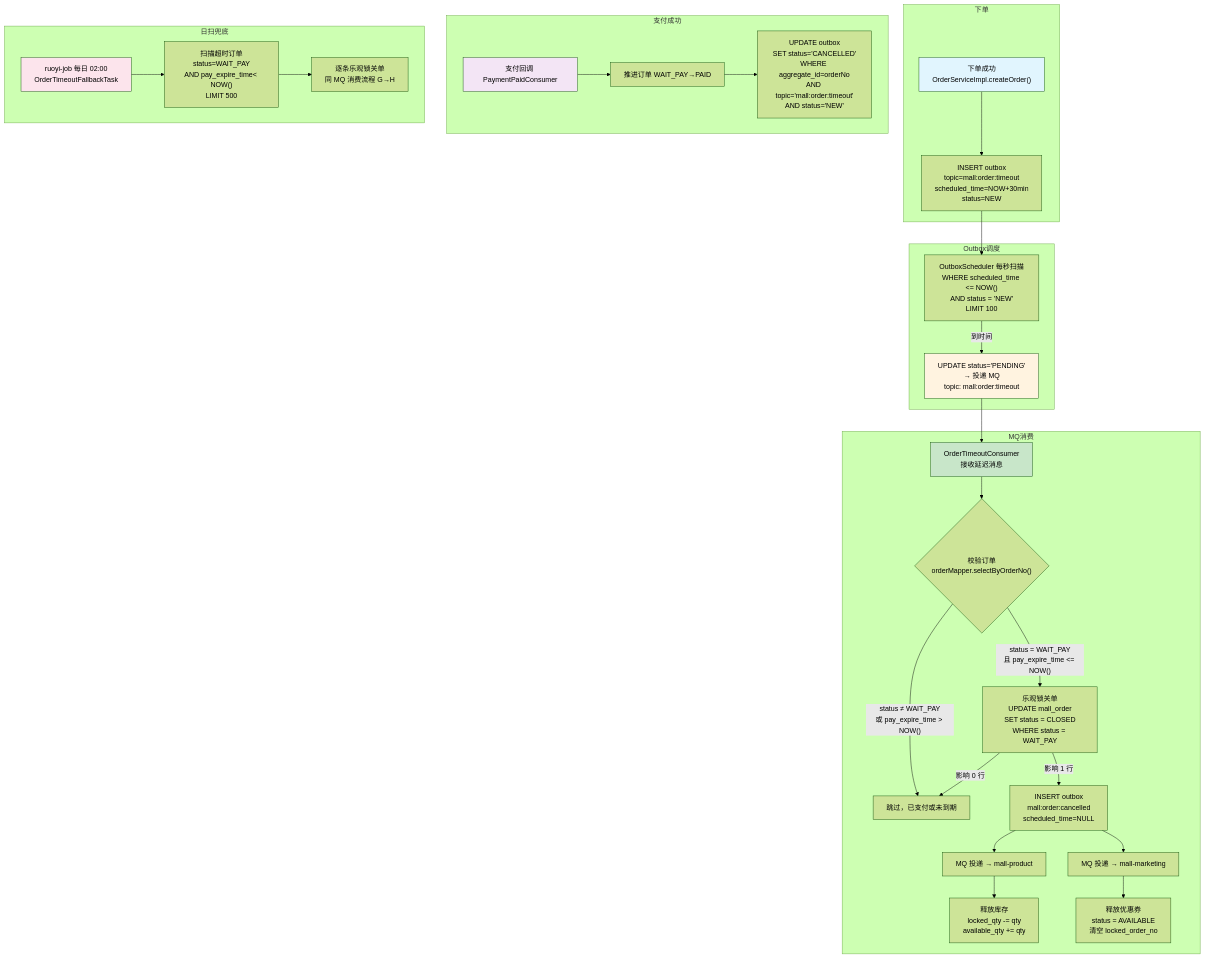
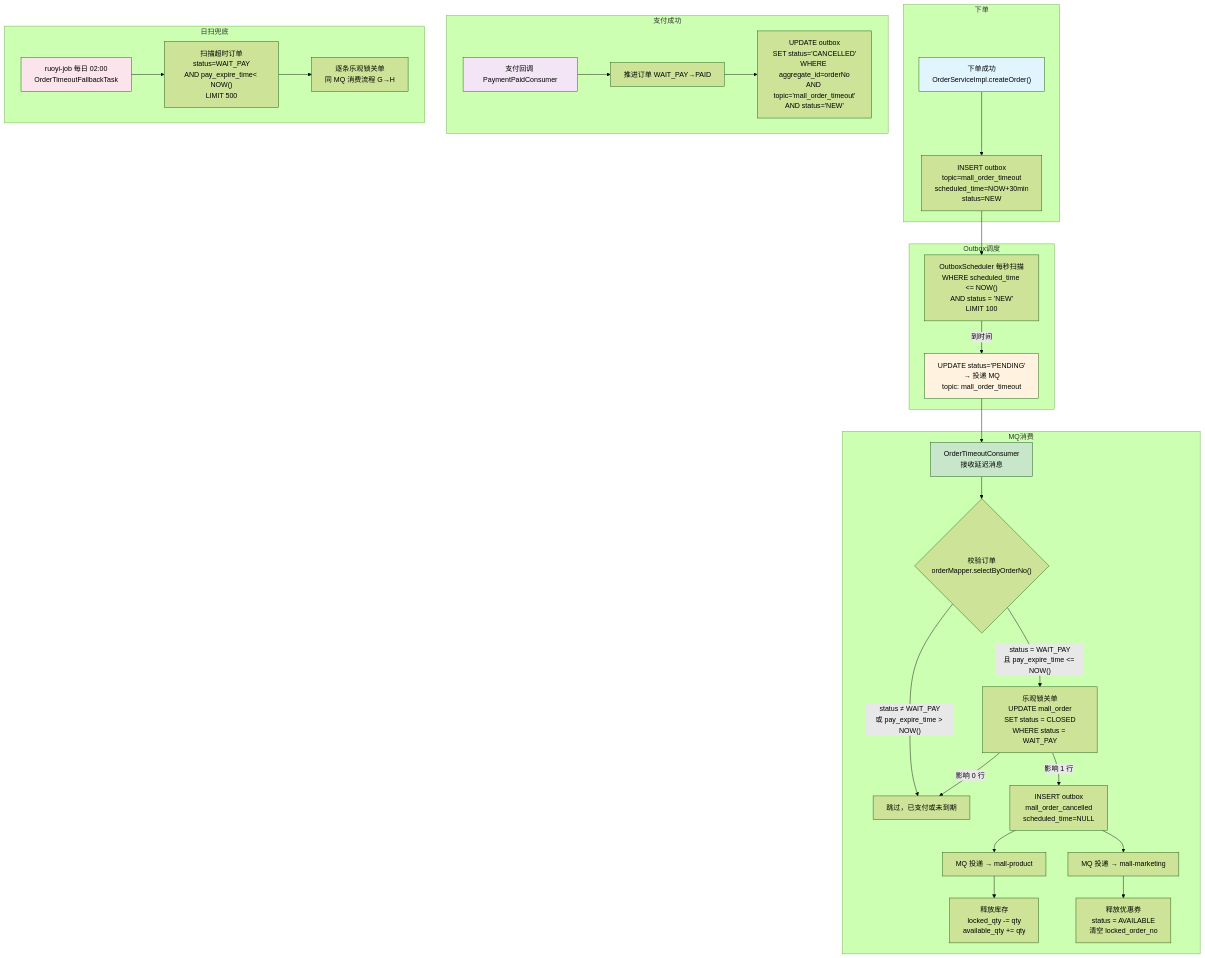
Before and after one commit to 1016297824/JH-Mall: the ninth of 12 diagrams in docs/design/03_05_系统详细设计-核心业务详细流程.md, drawn with Mermaid (forest theme). The commit also changed other lines of this file and 20 other files, not shown here.

````diff
--- a/docs/design/03_05_系统详细设计-核心业务详细流程.md
+++ b/docs/design/03_05_系统详细设计-核心业务详细流程.md
@@ -346,40 +346,40 @@
 ```mermaid
 graph TD
     subgraph 下单
-    A["下单成功<br/>OrderServiceImpl.createOrder()"] --> A1["INSERT outbox<br/>topic=mall:order:timeout<br/>scheduled_time=NOW+30min<br/>status=NEW"]
+    A["下单成功<br/>OrderServiceImpl.createOrder()"] --> A1["INSERT outbox<br/>topic=mall_order_timeout<br/>scheduled_time=NOW+30min<br/>status=NEW"]
     end
 
     subgraph Outbox调度
     A1 --> B["OutboxScheduler 每秒扫描<br/>WHERE scheduled_time <= NOW()<br/>AND status = 'NEW'<br/>LIMIT 100"]
-    B -->|"到时间"| C["UPDATE status='PENDING'<br/>→ 投递 MQ<br/>topic: mall:order:timeout"]
+    B -->|"到时间"| C["UPDATE status='PENDING'<br/>→ 投递 MQ<br/>topic: mall_order_timeout"]
     end
 
     subgraph MQ消费
     C --> D["OrderTimeoutConsumer<br/>接收延迟消息"]
     D --> E{"校验订单<br/>orderMapper.selectByOrderNo()"}
     E -->|"status ≠ WAIT_PAY<br/>或 pay_expire_time > NOW()"| F["跳过，已支付或未到期"]
     E -->|"status = WAIT_PAY<br/>且 pay_expire_time <= NOW()"| G["乐观锁关单<br/>UPDATE mall_order<br/>SET status = CLOSED<br/>WHERE status = WAIT_PAY"]
     G -->|"影响 0 行"| F
-    G -->|"影响 1 行"| H["INSERT outbox<br/>mall:order:cancelled<br/>scheduled_time=NULL"]
+    G -->|"影响 1 行"| H["INSERT outbox<br/>mall_order_cancelled<br/>scheduled_time=NULL"]
     H --> I["MQ 投递 → mall-product"]
     H --> J["MQ 投递 → mall-marketing"]
     I --> K["释放库存<br/>locked_qty -= qty<br/>available_qty += qty"]
     J --> L["释放优惠券<br/>status = AVAILABLE<br/>清空 locked_order_no"]
     end
 
     subgraph 支付成功
     P["支付回调 PaymentPaidConsumer"] --> P1["推进订单 WAIT_PAY→PAID"]
-    P1 --> P2["UPDATE outbox<br/>SET status='CANCELLED'<br/>WHERE aggregate_id=orderNo<br/>AND topic='mall:order:timeout'<br/>AND status='NEW'"]
+    P1 --> P2["UPDATE outbox<br/>SET status='CANCELLED'<br/>WHERE aggregate_id=orderNo<br/>AND topic='mall_order_timeout'<br/>AND status='NEW'"]
     end
 
     subgraph 日扫兜底
     M["ruoyi-job 每日 02:00<br/>OrderTimeoutFallbackTask"] --> N["扫描超时订单<br/>status=WAIT_PAY<br/>AND pay_expire_time< NOW()<br/>LIMIT 500"]
     N --> O["逐条乐观锁关单<br/>同 MQ 消费流程 G→H"]
     end
 
     style A fill:#e1f5fe
     style C fill:#fff3e0
     style D fill:#c8e6c9
     style P fill:#f3e5f5
     style M fill:#fce4ec
 ```
````
